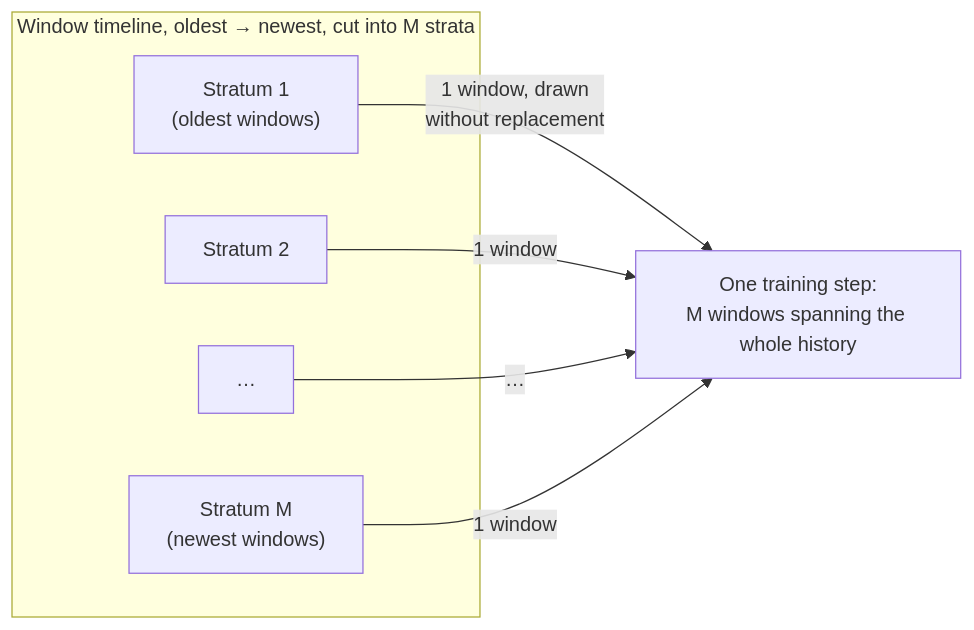
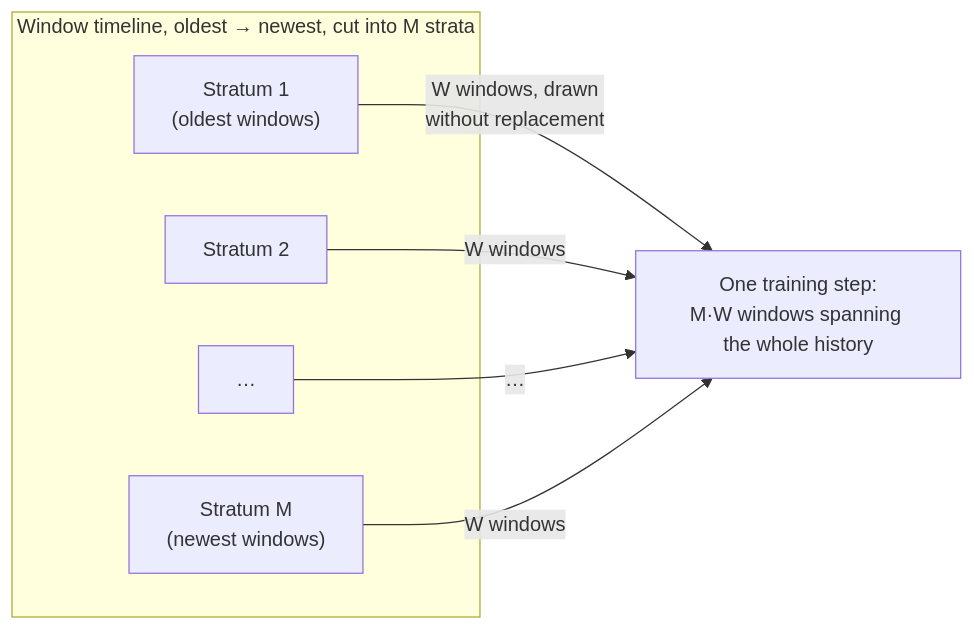
Before and after one commit to hpnyaggerman/stonks: the second of 4 diagrams in stock_identity.md, drawn with Mermaid. The commit also changed other lines of this file, not shown here.

````diff
--- a/stock_identity.md
+++ b/stock_identity.md
@@ -66,14 +66,14 @@
 ```mermaid
 flowchart LR
     subgraph timeline["Window timeline, oldest → newest, cut into M strata"]
         s1["Stratum 1<br/>(oldest windows)"]
         s2["Stratum 2"]
         sd["…"]
         sM["Stratum M<br/>(newest windows)"]
     end
-    step["One training step:<br/>M windows spanning the whole history"]
-    s1 -->|"1 window, drawn<br/>without replacement"| step
-    s2 -->|"1 window"| step
+    step["One training step:<br/>M·W windows spanning the whole history"]
+    s1 -->|"W windows, drawn<br/>without replacement"| step
+    s2 -->|"W windows"| step
     sd -->|"…"| step
-    sM -->|"1 window"| step
+    sM -->|"W windows"| step
 ```
````
